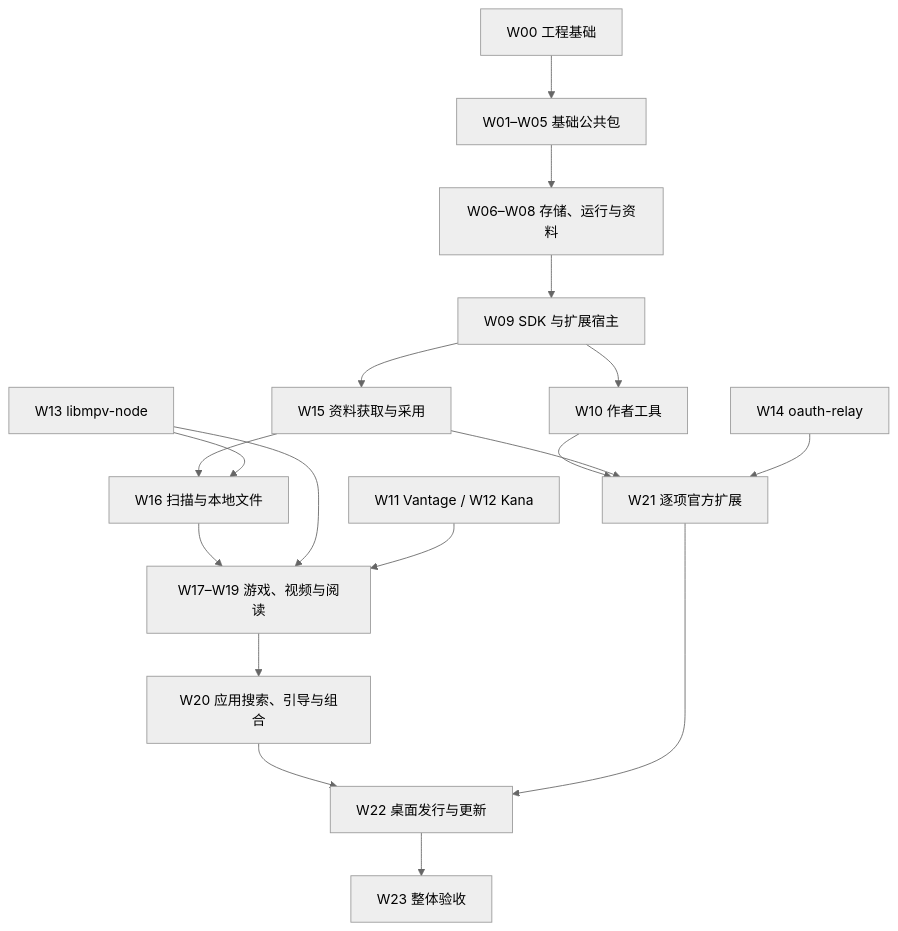
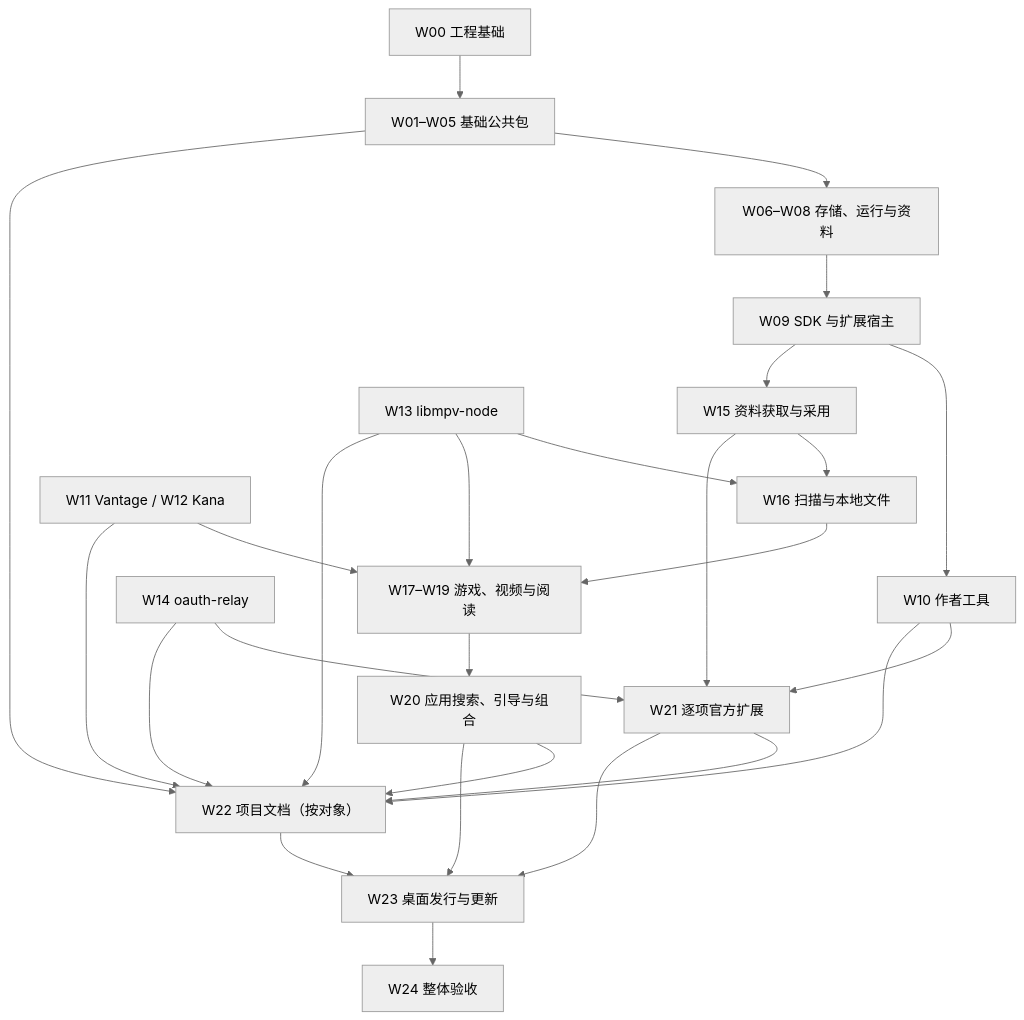
The diagram in refactor/implementation/work-packages.md (ximu3/kisaki-dev), drawn with Mermaid (neutral theme) before and after one commit. The commit also changed other lines of this file and 104 other files, not shown here.

````diff
--- a/refactor/implementation/work-packages.md
+++ b/refactor/implementation/work-packages.md
@@ -45,20 +48,28 @@
 ```mermaid
 flowchart TD
   W00["W00 工程基础"] --> BASE["W01–W05 基础公共包"]
   BASE --> DATA["W06–W08 存储、运行与资料"]
   DATA --> RUNTIME["W09 SDK 与扩展宿主"]
   RUNTIME --> CLI["W10 作者工具"]
   RUNTIME --> META["W15 资料获取与采用"]
   META --> FILES["W16 扫描与本地文件"]
   FILES --> USE["W17–W19 游戏、视频与阅读"]
   MPV["W13 libmpv-node"] --> FILES
   MPV --> USE
   ENGINES["W11 Vantage / W12 Kana"] --> USE
   CLI --> EXT["W21 逐项官方扩展"]
   META --> EXT
   RELAY["W14 oauth-relay"] --> EXT
   USE --> APP["W20 应用搜索、引导与组合"]
-  APP --> RELEASE["W22 桌面发行与更新"]
+  BASE --> DOCS["W22 项目文档（按对象）"]
+  ENGINES --> DOCS
+  MPV --> DOCS
+  RELAY --> DOCS
+  CLI --> DOCS
+  APP --> DOCS
+  EXT --> DOCS
+  DOCS --> RELEASE["W23 桌面发行与更新"]
+  APP --> RELEASE
   EXT --> RELEASE
-  RELEASE --> FINAL["W23 整体验收"]
+  RELEASE --> FINAL["W24 整体验收"]
 ```
````
